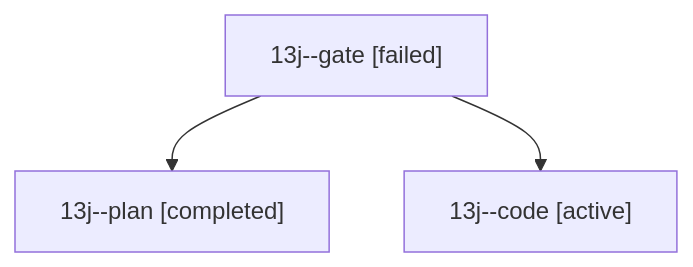
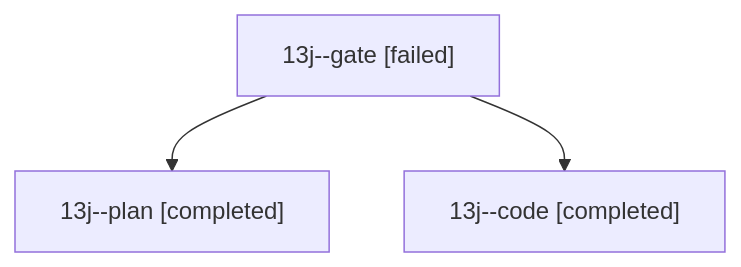
Before and after one commit to sase-org/sase--agents: the diagram in sessions/bbugyi200.athena.13j.md, drawn with Mermaid. The commit also changed other lines of this file and 65 other files, not shown here.

````diff
--- a/sessions/bbugyi200.athena.13j.md
+++ b/sessions/bbugyi200.athena.13j.md
@@ -9,8 +9,8 @@
 ```mermaid
 flowchart TD
   n0["13j--gate [failed]"]
   n1["13j--plan [completed]"]
   n0 --> n1
-  n2["13j--code [active]"]
+  n2["13j--code [completed]"]
   n0 --> n2
 ```
````
